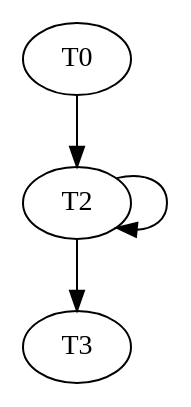
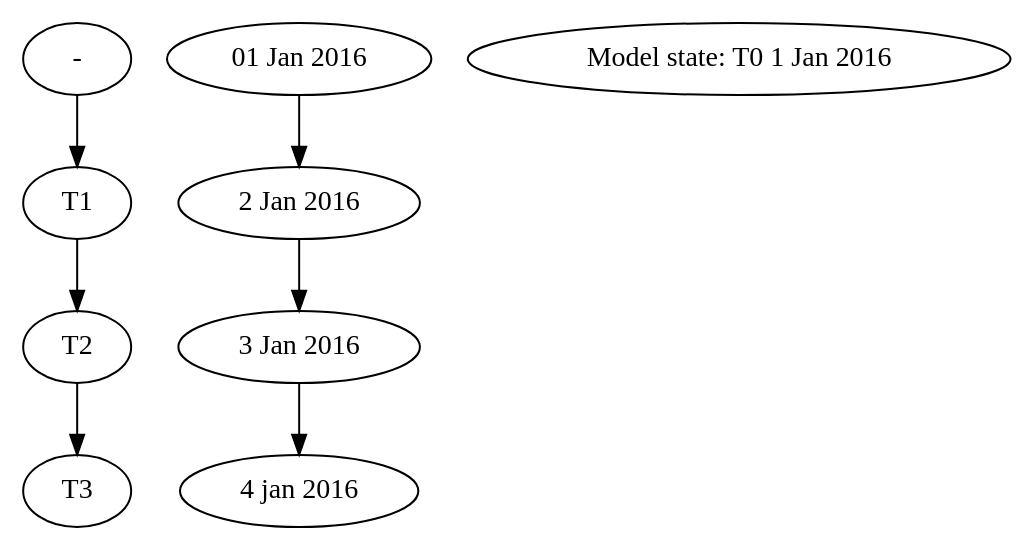
One commit to openstreams/wflow changed the second of 2 diagrams in doc/wf_DynamicFramework.rst. Above: the diagram before and after it, drawn with Graphviz. The commit also changed other lines of this file and 2 other files, not shown here.

Commit message:
date/time doc

```diff
--- a/doc/wf_DynamicFramework.rst
+++ b/doc/wf_DynamicFramework.rst
@@ -245,2 +281,7 @@
-.. digraph:: time_steps
-    T0 -> T2 -> T2 -> T3;
+.. graphviz::
+
+    digraph ttimesteps {
+        "- " -> "T1" -> "T2" -> "T3";
+        "01 Jan 2016" ->"2 Jan 2016" -> "3 Jan 2016" -> "4 jan 2016";
+        "Model state: T0 1 Jan 2016";
+    }
```
